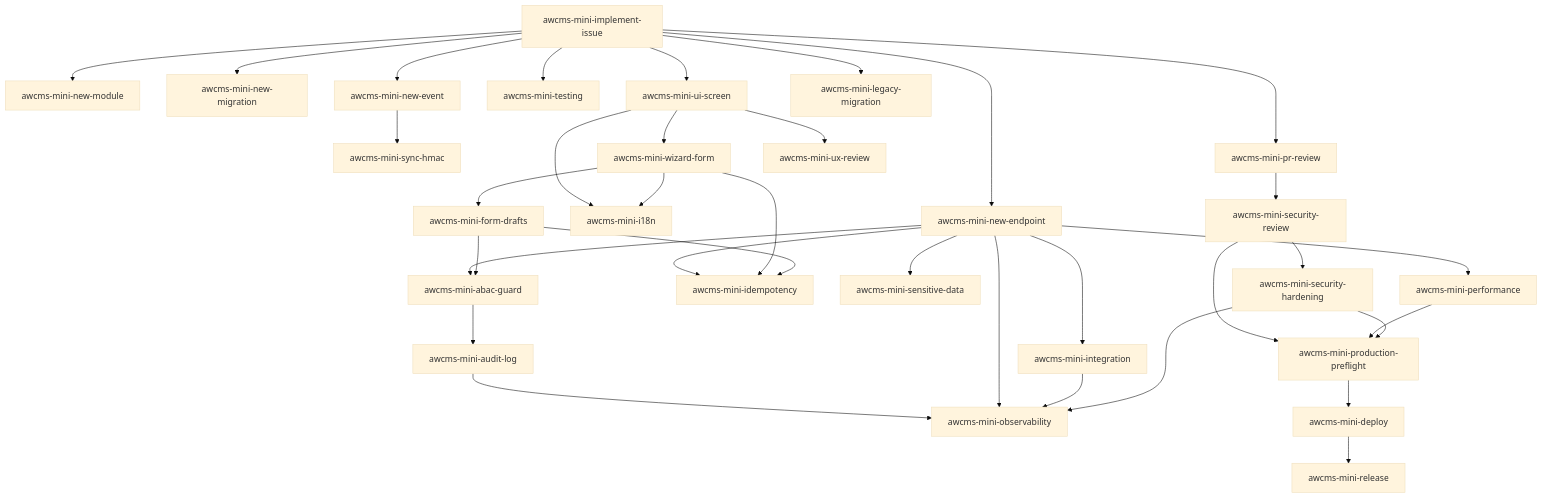
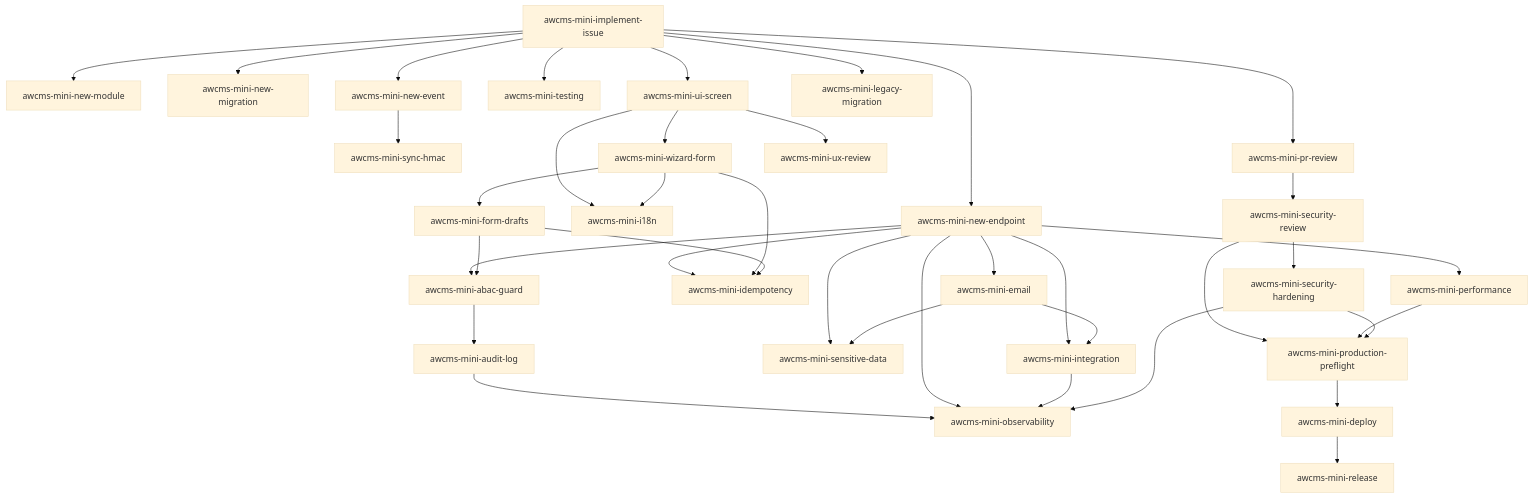
Before and after one commit to ahliweb/awcms-mini: the diagram in .claude/skills/README.md, drawn with Mermaid (base theme). The commit also changed other lines of this file and 28 other files, not shown here.

````diff
--- a/.claude/skills/README.md
+++ b/.claude/skills/README.md
@@ -57,38 +58,41 @@
 ```mermaid
 flowchart TD
   II[awcms-mini-implement-issue] --> NM[awcms-mini-new-module]
   II --> MIG[awcms-mini-new-migration]
   II --> EP[awcms-mini-new-endpoint]
   II --> EV[awcms-mini-new-event]
   II --> TST[awcms-mini-testing]
   EP --> ABAC[awcms-mini-abac-guard]
   EP --> IDEM[awcms-mini-idempotency]
   ABAC --> AUD[awcms-mini-audit-log]
   AUD --> OBS[awcms-mini-observability]
   EP --> OBS
   EP --> SD[awcms-mini-sensitive-data]
   EV --> SYNC[awcms-mini-sync-hmac]
   II --> UI[awcms-mini-ui-screen]
   UI --> I18N[awcms-mini-i18n]
   UI --> WIZ[awcms-mini-wizard-form]
   WIZ --> IDEM
   WIZ --> I18N
   WIZ --> DRAFT[awcms-mini-form-drafts]
   DRAFT --> IDEM
   DRAFT --> ABAC
   II --> LEG[awcms-mini-legacy-migration]
   II --> PR[awcms-mini-pr-review]
   PR --> SEC[awcms-mini-security-review]
   SEC --> PF[awcms-mini-production-preflight]
   PF --> DEP[awcms-mini-deploy]
   DEP --> REL[awcms-mini-release]
 
   UI --> UXR[awcms-mini-ux-review]
   EP --> PERF[awcms-mini-performance]
   EP --> INT[awcms-mini-integration]
   INT --> OBS
   SEC --> HARD[awcms-mini-security-hardening]
   HARD --> OBS
   PERF --> PF
   HARD --> PF
+  EP --> EMAIL[awcms-mini-email]
+  EMAIL --> INT
+  EMAIL --> SD
 ```
````
